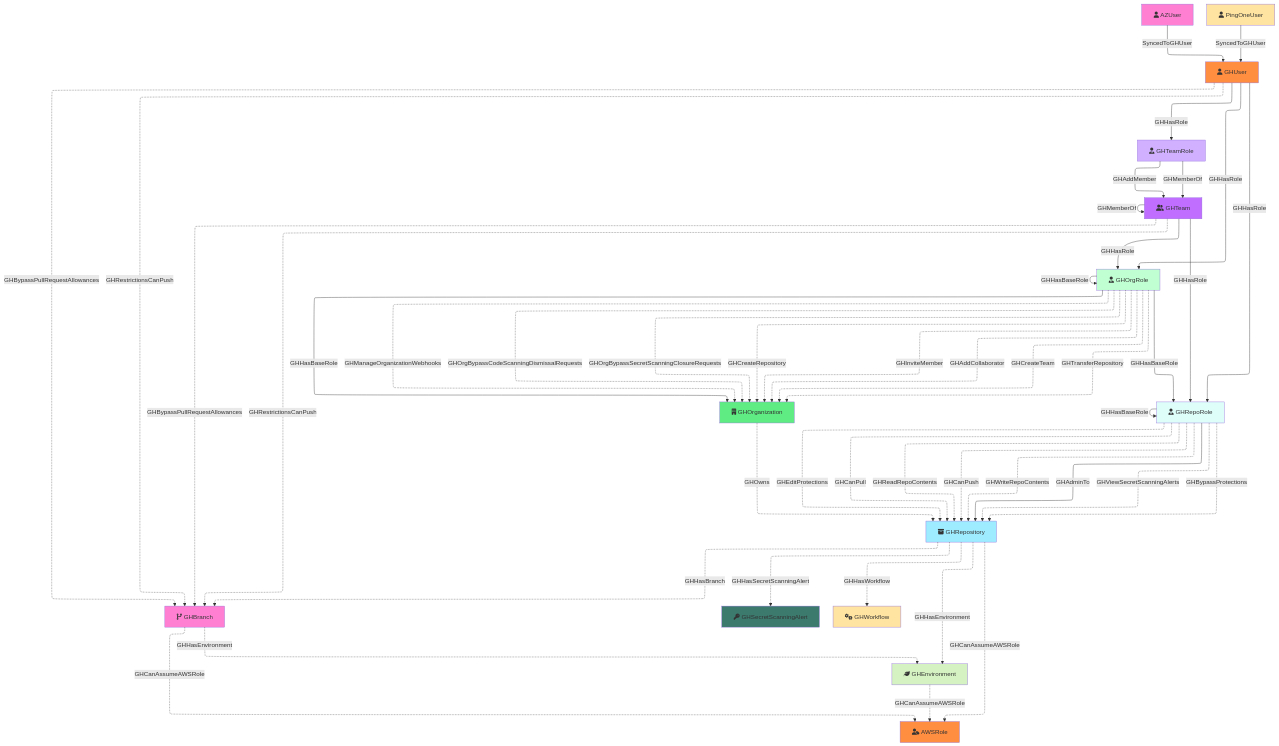
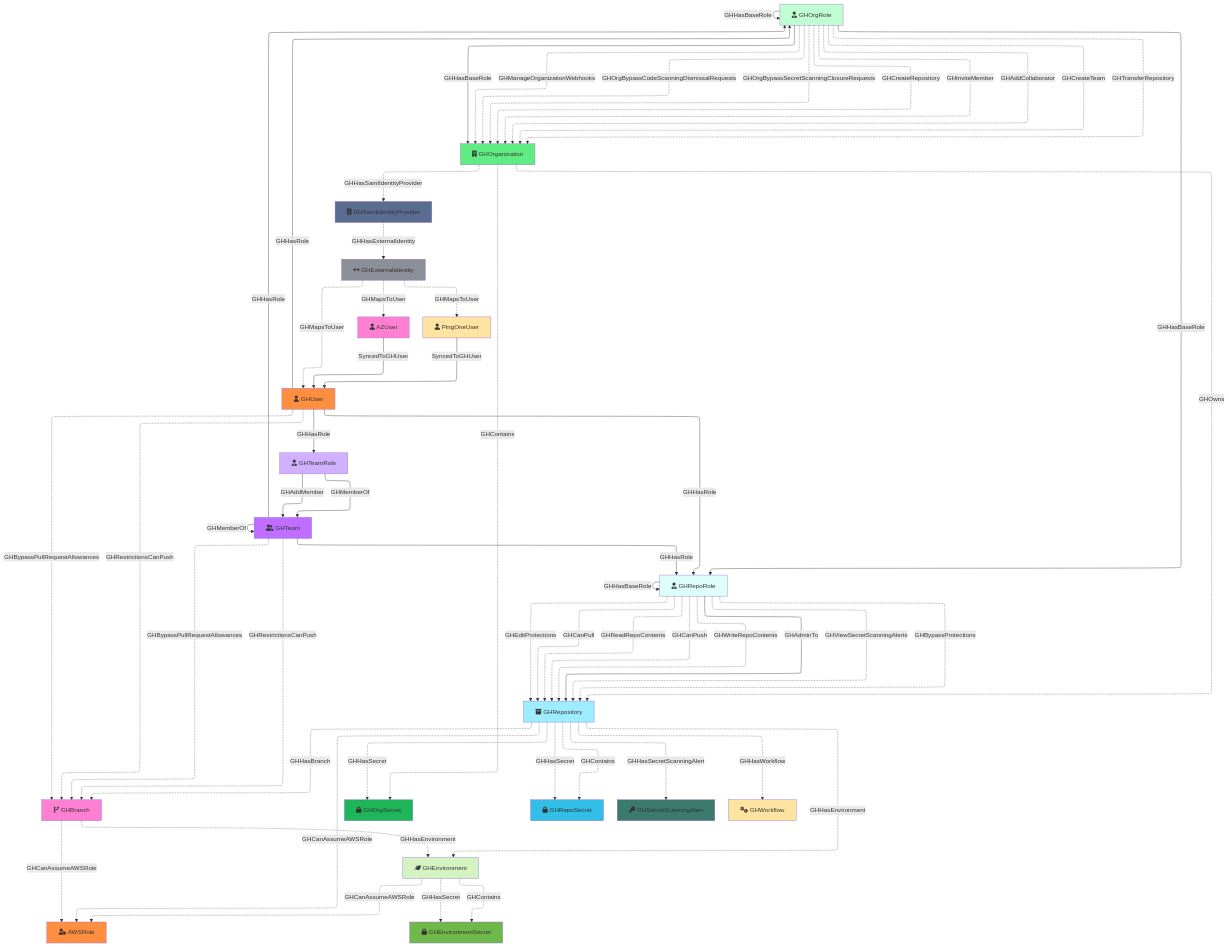
One commit to SpecterOps/GitHound changed the diagram in model.mermaid. Above: the diagram before and after it, drawn with Mermaid. The commit also changed 4 other files, not shown here.

```diff
--- a/model.mermaid
+++ b/model.mermaid
@@ -1,101 +1,123 @@
 ---
 config:
   layout: elk
 ---
 flowchart TD
     AWSRole[fa:fa-user-tag AWSRole]
     AZUser[fa:fa-user AZUser]
     GHBranch[fa:fa-code-branch GHBranch]
     GHEnvironment[fa:fa-leaf GHEnvironment]
+    GHEnvironmentSecret[fa:fa-lock GHEnvironmentSecret]
+    GHExternalIdentity[fa:fa-arrows-left-right GHExternalIdentity]
     GHOrganization[fa:fa-building GHOrganization]
     GHOrgRole[fa:fa-user-tie GHOrgRole]
+    GHOrgSecret[fa:fa-lock GHOrgSecret]
     GHRepository[fa:fa-box-archive GHRepository]
     GHRepoRole[fa:fa-user-tie GHRepoRole]
+    GHRepoSecret[fa:fa-lock GHRepoSecret]
+    GHSamlIdentityProvider[fa:fa-id-badge GHSamlIdentityProvider]
     GHSecretScanningAlert[fa:fa-key GHSecretScanningAlert]
     GHTeam[fa:fa-user-group GHTeam]
     GHTeamRole[fa:fa-user-tie GHTeamRole]
     GHUser[fa:fa-user GHUser]
     GHWorkflow[fa:fa-cogs GHWorkflow]
     PingOneUser[fa:fa-user PingOneUser]
 
     style AWSRole fill:#FF8E40
     style AZUser fill:#FF80D2
     style GHBranch fill:#FF80D2
     style GHEnvironment fill:#D5F2C2
+    style GHEnvironmentSecret fill:#6FB94A
+    style GHExternalIdentity fill:#8A8F98
     style GHOrganization fill:#5FED83
     style GHOrgRole fill:#BFFFD1
+    style GHOrgSecret fill:#1FB65A
     style GHRepository fill:#9EECFF
     style GHRepoRole fill:#DEFEFA
+    style GHRepoSecret fill:#32BEE6
+    style GHSamlIdentityProvider fill:#5A6C8F
     style GHSecretScanningAlert fill:#3C7A6E
     style GHTeam fill:#C06EFF
     style GHTeamRole fill:#D0B0FF
     style GHUser fill:#FF8E40
     style GHWorkflow fill:#FFE4A1
     style PingOneUser fill:#FFE4A1
     
     GHTeam -->|GHMemberOf| GHTeam
     GHOrganization -.->|GHOwns| GHRepository
+    GHOrganization -.->|GHContains| GHOrgSecret
     GHUser -.->|GHBypassPullRequestAllowances| GHBranch
     GHTeam -.->|GHBypassPullRequestAllowances| GHBranch
     GHUser -.->|GHRestrictionsCanPush| GHBranch
     GHTeam -.->|GHRestrictionsCanPush| GHBranch
     GHRepository -.->|GHHasBranch| GHBranch
     GHRepository -.->|GHHasWorkflow| GHWorkflow
     GHRepository -.->|GHHasEnvironment| GHEnvironment
     GHBranch -.->|GHHasEnvironment| GHEnvironment
     GHTeam -->|GHHasRole| GHOrgRole
     GHUser -->|GHHasRole| GHOrgRole
     GHOrgRole -->|GHHasBaseRole| GHOrgRole
     GHOrgRole -.->|GHManageOrganizationWebhooks| GHOrganization
     GHOrgRole -.->|GHOrgBypassCodeScanningDismissalRequests| GHOrganization
     GHOrgRole -.->|GHOrgBypassSecretScanningClosureRequests| GHOrganization
     %%GHOrgRole -.->|GHOrgReviewAndManageSecretScanningBypassRequests| GHOrganization
     %%GHOrgRole -.->|GHOrgReviewAndManageSecretScanningClosureRequests| GHOrganization
     %%GHOrgRole -.->|GHReadOrganizationActionsUsageMetrics| GHOrganization
     %%GHOrgRole -.->|GHReadOrganizationCustomOrgRole| GHOrganization
     %%GHOrgRole -.->|GHReadOrganizationCustomRepoRole| GHOrganization
     %%GHOrgRole -.->|GHResolveSecretScanningAlerts| GHOrganization
     %%GHOrgRole -.->|GHViewSecretScanningAlerts| GHOrganization
     %%GHOrgRole -.->|GHWriteOrganizationActionsSecrets| GHOrganization
     %%GHOrgRole -.->|GHWriteOrganizationActionsSettings| GHOrganization
     %%GHOrgRole -.->|GHWriteOrganizationCustomOrgRole| GHOrganization
     %%GHOrgRole -.->|GHWriteOrganizationCustomRepoRole| GHOrganization
     %%GHOrgRole -.->|GHWriteOrganizationNetworkConfigurations| GHOrganization
     GHOrgRole -.->|GHCreateRepository| GHOrganization
     GHOrgRole -.->|GHInviteMember| GHOrganization
     GHOrgRole -.->|GHAddCollaborator| GHOrganization
     GHOrgRole -.->|GHCreateTeam| GHOrganization
     GHOrgRole -.->|GHTransferRepository| GHOrganization
     GHOrgRole -->|GHHasBaseRole| GHOrganization
     GHTeamRole -->|GHMemberOf| GHTeam
     GHTeamRole -->|GHAddMember| GHTeam
     GHUser -->|GHHasRole| GHTeamRole
     GHRepoRole -.->|GHCanPull| GHRepository
     GHRepoRole -.->|GHReadRepoContents| GHRepository
     GHOrgRole -->|GHHasBaseRole| GHRepoRole
     GHRepoRole -.->|GHCanPush| GHRepository
     GHRepoRole -.->|GHWriteRepoContents| GHRepository
     %%GHRepoRole -.->|GHWriteRepoPullRequests| GHRepository
     GHRepoRole -->|GHAdminTo| GHRepository
     %%GHRepoRole -.->|GHManageWebhooks| GHRepository
     %%GHRepoRole -.->|GHManageDeployKeys| GHRepository
     %%GHRepoRole -.->|GHPushProtectedBranch| GHRepository
     %%GHRepoRole -.->|GHDeleteAlertsCodeScanning| GHRepository
     GHRepoRole -.->|GHViewSecretScanningAlerts| GHRepository
     %%GHRepoRole -.->|GHRunOrgMigration| GHRepository
     GHRepoRole -.->|GHBypassProtections| GHRepository
     %%GHRepoRole -.->|GHManageSecurityProducts| GHRepository
     %%GHRepoRole -.->|GHManageRepoSecurityProducts| GHRepository
     GHRepoRole -.->|GHEditProtections| GHRepository
     %%GHRepoRole -.->|GHJumpMergeQueue| GHRepository
     %%GHRepoRole -.->|GHCreateSoloMergeQueueEntry| GHRepository
     %%GHRepoRole -.->|GHEditRepoCustomPropertiesValues| GHRepository
     GHRepoRole -->|GHHasBaseRole| GHRepoRole
     GHUser -->|GHHasRole| GHRepoRole
     GHTeam -->|GHHasRole| GHRepoRole
+    GHRepository -.->|GHHasSecret| GHOrgSecret
+    GHRepository -.->|GHContains| GHRepoSecret
+    GHRepository -.->|GHHasSecret| GHRepoSecret
     GHRepository -.->|GHHasSecretScanningAlert| GHSecretScanningAlert
+    GHEnvironment -.->|GHContains| GHEnvironmentSecret
+    GHEnvironment -.->|GHHasSecret| GHEnvironmentSecret
+
+    GHOrganization -.->|GHHasSamlIdentityProvider| GHSamlIdentityProvider
+    GHSamlIdentityProvider -.->|GHHasExternalIdentity| GHExternalIdentity
+    GHExternalIdentity -.->|GHMapsToUser| GHUser
+    GHExternalIdentity -.->|GHMapsToUser| AZUser
+    GHExternalIdentity -.->|GHMapsToUser| PingOneUser
     AZUser -->|SyncedToGHUser| GHUser
     PingOneUser -->|SyncedToGHUser| GHUser
     GHRepository -.->|GHCanAssumeAWSRole| AWSRole
     GHBranch -.->|GHCanAssumeAWSRole| AWSRole
     GHEnvironment -.->|GHCanAssumeAWSRole| AWSRole
```
